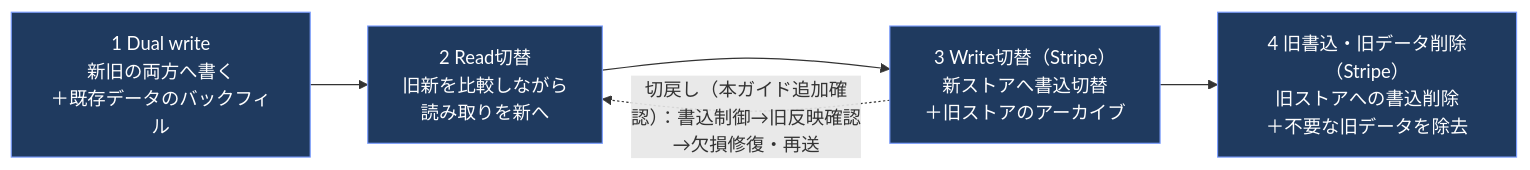
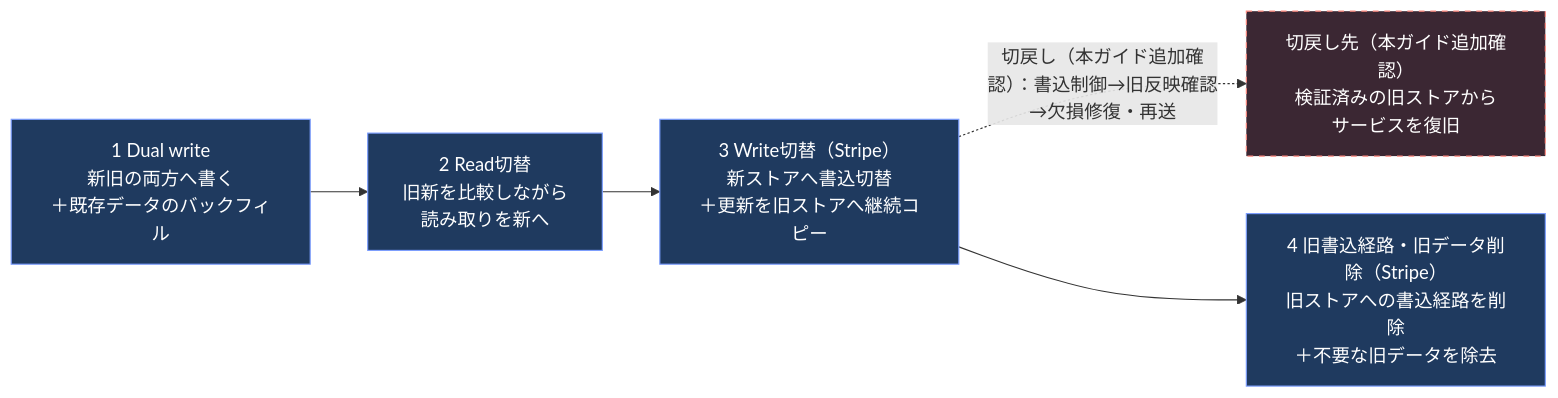
The ninth of 10 diagrams in Iso-29119-14-guide.md (myoshi2891/Quality-Assurance-Studies), drawn with Mermaid before and after one commit. The commit also changed other lines of this file and 1 other file, not shown here.

Commit message:
fix(iso29119-14): refine count reconciliation definition and Stripe rollback recovery flow

````diff
--- a/Iso-29119-14-guide.md
+++ b/Iso-29119-14-guide.md
@@ -479,10 +479,12 @@
 ```mermaid
 flowchart LR
     DW1["1 Dual write<br/>新旧の両方へ書く<br/>＋既存データのバックフィル"] --> DW2["2 Read切替<br/>旧新を比較しながら<br/>読み取りを新へ"]
-    DW2 --> DW3["3 Write切替（Stripe）<br/>新ストアへ書込切替<br/>＋旧ストアのアーカイブ"]
-    DW3 -. "切戻し（本ガイド追加確認）：書込制御→旧反映確認→欠損修復・再送" .-> DW2
-    DW3 --> DW4["4 旧書込・旧データ削除（Stripe）<br/>旧ストアへの書込削除<br/>＋不要な旧データを除去"]
+    DW2 --> DW3["3 Write切替（Stripe）<br/>新ストアへ書込切替<br/>＋更新を旧ストアへ継続コピー"]
+    DW3 -. "切戻し（本ガイド追加確認）：書込制御→旧反映確認→欠損修復・再送" .-> RB["切戻し先（本ガイド追加確認）<br/>検証済みの旧ストアから<br/>サービスを復旧"]
+    DW3 --> DW4["4 旧書込経路・旧データ削除（Stripe）<br/>旧ストアへの書込経路を削除<br/>＋不要な旧データを除去"]
 
     classDef s fill:#1f3a5f,stroke:#7c9eff,color:#ffffff
+    classDef rb fill:#3b2733,stroke:#ff8a80,color:#ffffff,stroke-dasharray: 5 5
     class DW1,DW2,DW3,DW4 s
+    class RB rb
 ```
````
